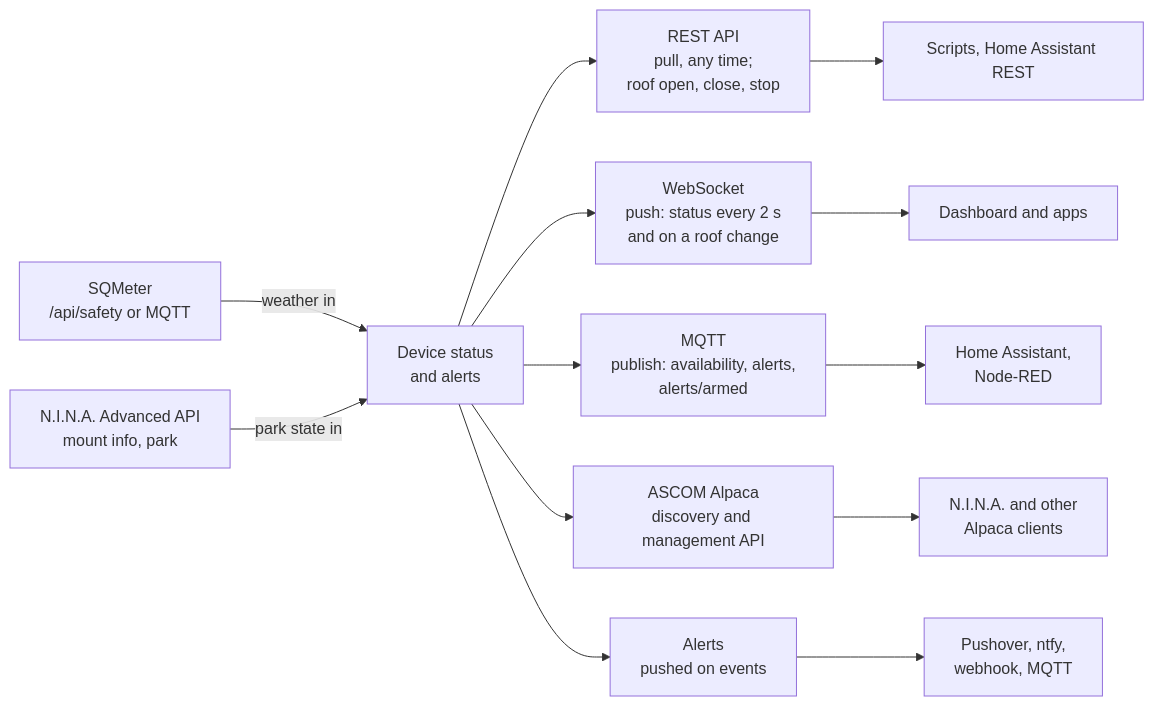
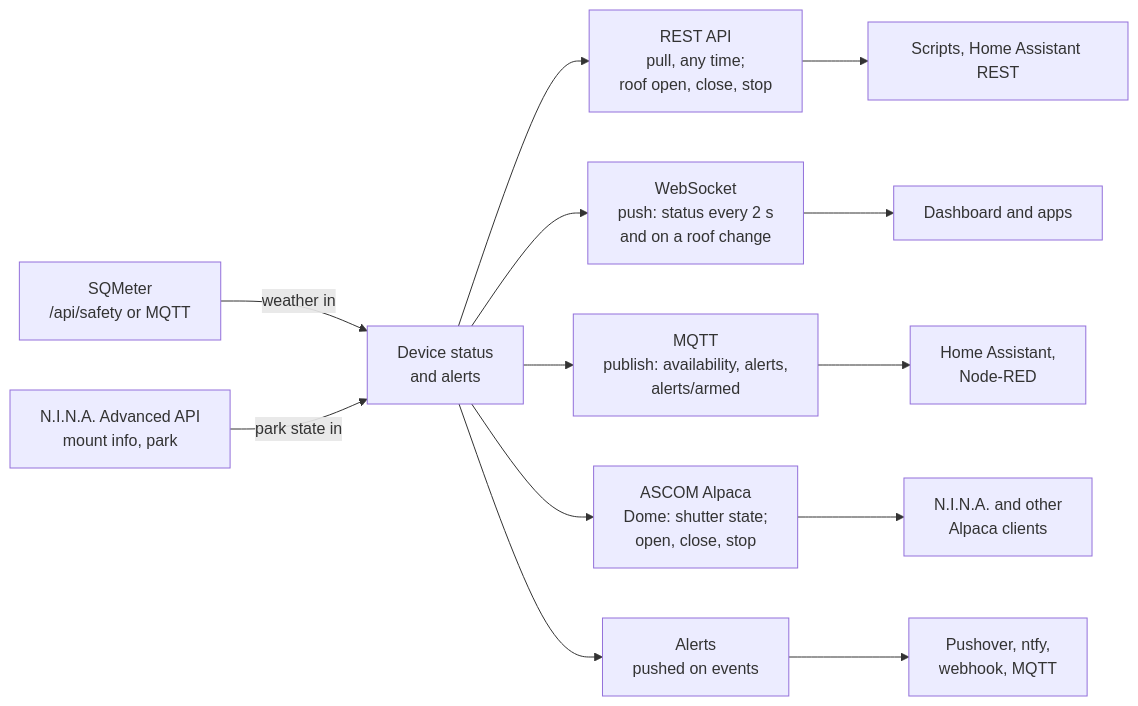
Before and after one commit to DeanJ87/RoofRoof: the diagram in docs/api/integrations.md, drawn with Mermaid. The commit also changed other lines of this file and 19 other files, not shown here.

Commit message:
006: docs - Alpaca guide with DIA-18, references, home page, heritage; route registry and OpenAPI; flash size baseline

````diff
--- a/docs/api/integrations.md
+++ b/docs/api/integrations.md
@@ -18,18 +18,18 @@
 ```mermaid
 flowchart LR
     accTitle: Integration paths
-    accDescr: The device status feeds four paths. REST is pulled by scripts and can command the roof; WebSocket pushes the status live to the dashboard and apps; MQTT publishes availability and alerts to a broker for Home Assistant; Alpaca answers discovery and the management API for N.I.N.A. and other clients; alerts are pushed to phones and services. Inbound, the device reads SQMeter's weather verdict and N.I.N.A.'s mount state.
+    accDescr: The device status feeds four paths. REST is pulled by scripts and can command the roof; WebSocket pushes the status live to the dashboard and apps; MQTT publishes availability and alerts to a broker for Home Assistant; Alpaca serves the roof as a Dome that N.I.N.A. and other clients can open, close and stop; alerts are pushed to phones and services. Inbound, the device reads SQMeter's weather verdict and N.I.N.A.'s mount state.
     DATA["Device status<br/>and alerts"]
     DATA --> REST["REST API<br/>pull, any time;<br/>roof open, close, stop"]
     DATA --> WS["WebSocket<br/>push: status every 2 s<br/>and on a roof change"]
     DATA --> MQTT["MQTT<br/>publish: availability, alerts,<br/>alerts/armed"]
-    DATA --> ALPACA["ASCOM Alpaca<br/>discovery and management API"]
+    DATA --> ALPACA["ASCOM Alpaca<br/>Dome: shutter state;<br/>open, close, stop"]
     DATA --> ALERTS["Alerts<br/>pushed on events"]
     REST --> SCRIPTS["Scripts, Home Assistant REST"]
     WS --> UI["Dashboard and apps"]
     MQTT --> HA["Home Assistant,<br/>Node-RED"]
     ALPACA --> NINA["N.I.N.A. and other<br/>Alpaca clients"]
     ALERTS --> PHONES["Pushover, ntfy,<br/>webhook, MQTT"]
     SQM["SQMeter<br/>/api/safety or MQTT"] -->|weather in| DATA
     NAPI["N.I.N.A. Advanced API<br/>mount info, park"] -->|park state in| DATA
 ```
````
